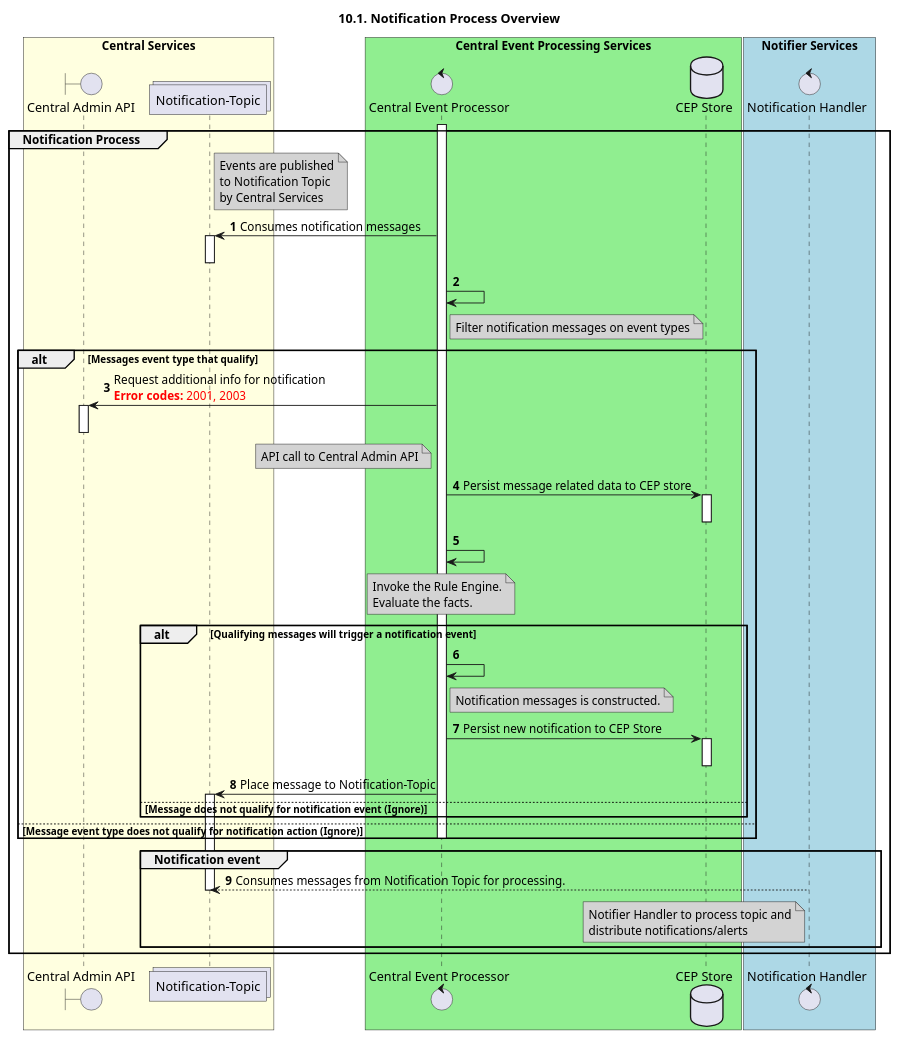
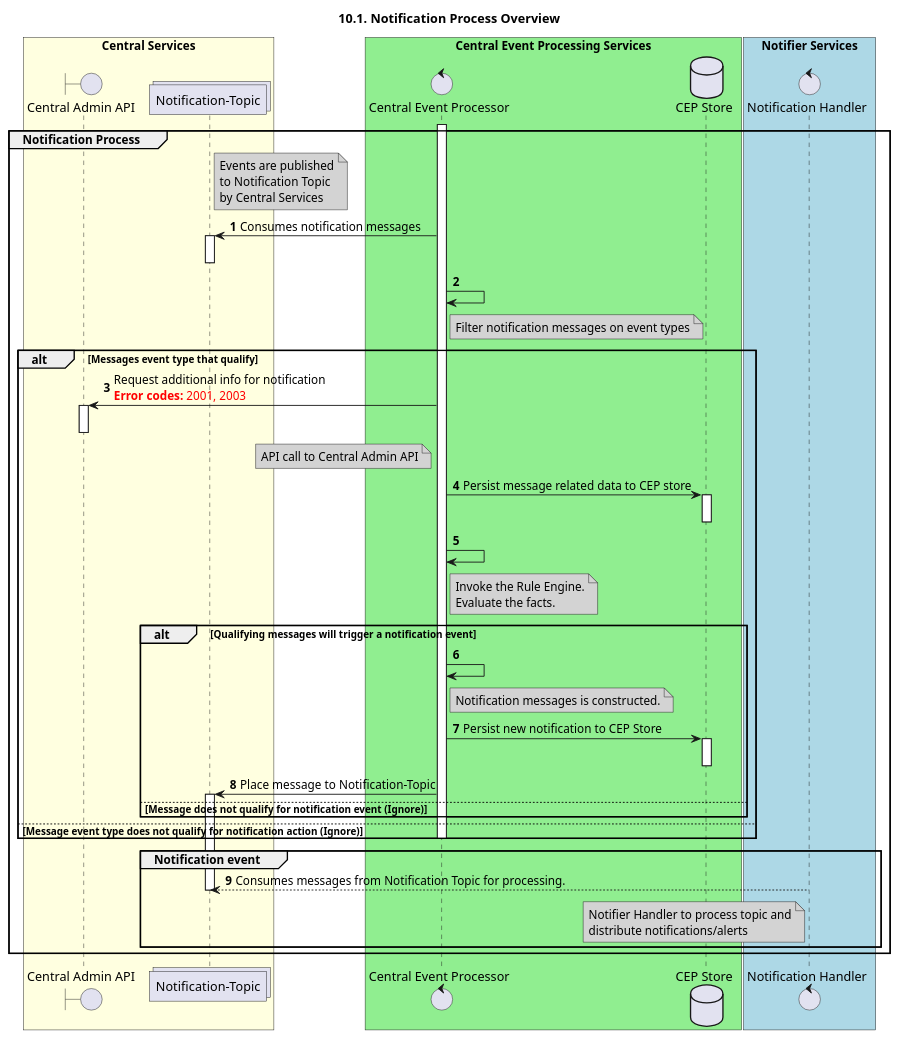
Before and after one commit to mojaloop/central-event-processor: the diagram in docs/sequence_diagrams/notification-ProcessesOverview.plantuml, drawn with PlantUML. The commit also changed 9 other files, not shown here.

Commit message:
566_UML Sequence diagrams

```diff
--- a/docs/sequence_diagrams/notification-ProcessesOverview.plantuml
+++ b/docs/sequence_diagrams/notification-ProcessesOverview.plantuml
@@ -1,82 +1,82 @@
 @startuml
 ' declate title
 title 10.1. Notification Process Overview
 autonumber
 
 ' declare actors
 boundary "Central Admin API" as CLAPI
 control "Central Event Processor" as CEP
 control "Notification Handler" as NOTIFIER
 collections "Notification-Topic" as TOPIC_NOTIFY
 database "CEP Store" as DB
 
 box "Central Services" #LightYellow
 participant CLAPI
 participant TOPIC_NOTIFY
 end box
 box "Central Event Processing Services" #LightGreen
 participant CEP
 participant DB
 end box
 box "Notifier Services" #LightBlue
 participant NOTIFIER
 end box
 
 ' start flow
 group Notification Process
     activate CEP
     note right of TOPIC_NOTIFY #LightGrey
         Events are published
         to Notification Topic
         by Central Services
     end note
     TOPIC_NOTIFY <- CEP: Consumes notification messages
     activate TOPIC_NOTIFY
     deactivate TOPIC_NOTIFY
     CEP -> CEP
     note right of CEP #LightGrey
         Filter notification messages on event types
     end note
 
     alt Messages event type that qualify
         CEP -> CLAPI: Request additional info for notification\n<color #FF0000><b>Error codes:</b> 2001, 2003 </color>
         activate CLAPI
         note left of CEP #LightGrey
             API call to Central Admin API
         end note
         deactivate CLAPI
         CEP -> DB: Persist message related data to CEP store
         activate DB
         deactivate DB
         CEP -> CEP
-        note over of CEP #LightGrey
+        note right of CEP #LightGrey
             Invoke the Rule Engine.
             Evaluate the facts.
         end note
 
         alt Qualifying messages will trigger a notification event
             CEP -> CEP
             note right of CEP #LightGrey
                 Notification messages is constructed.
             end note
             CEP -> DB: Persist new notification to CEP Store
             activate DB
             deactivate DB
             TOPIC_NOTIFY <- CEP: Place message to Notification-Topic
             activate TOPIC_NOTIFY
         else Message does not qualify for notification event (Ignore)
         end
     else Message event type does not qualify for notification action (Ignore)
     deactivate CEP
     end
 
     group Notification event
     TOPIC_NOTIFY <-- NOTIFIER: Consumes messages from Notification Topic for processing.
     note left of NOTIFIER #LightGrey
         Notifier Handler to process topic and
         distribute notifications/alerts
     end note
             deactivate TOPIC_NOTIFY
     end
 end
 @enduml
```
